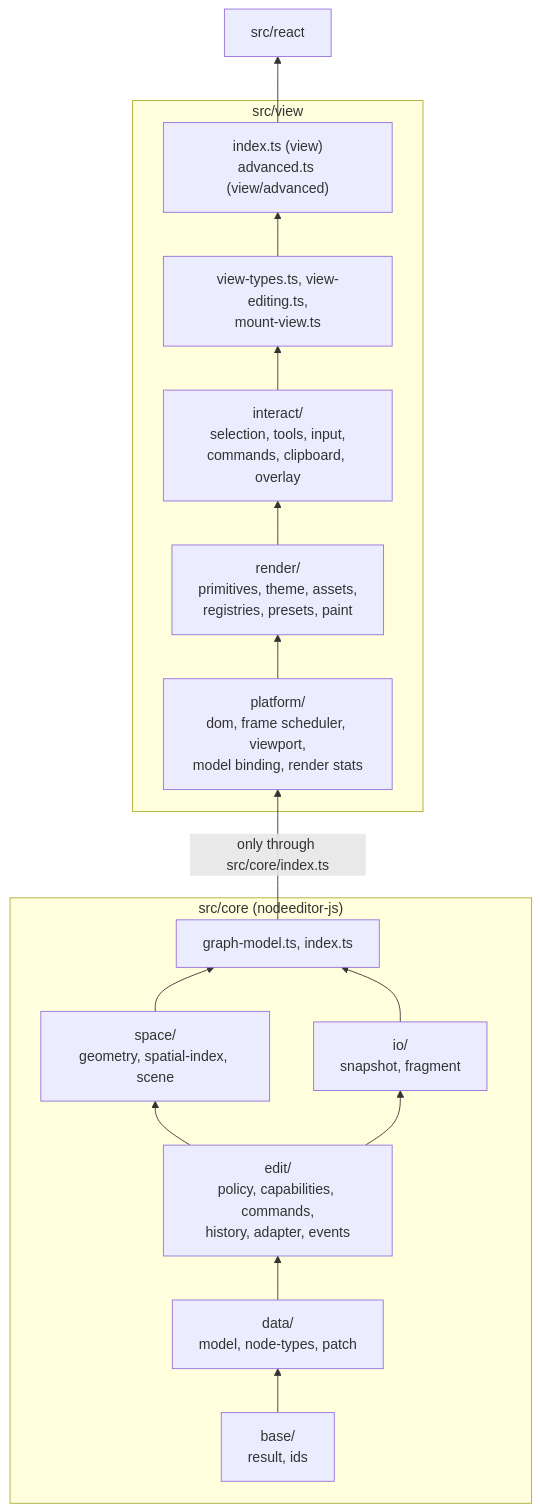
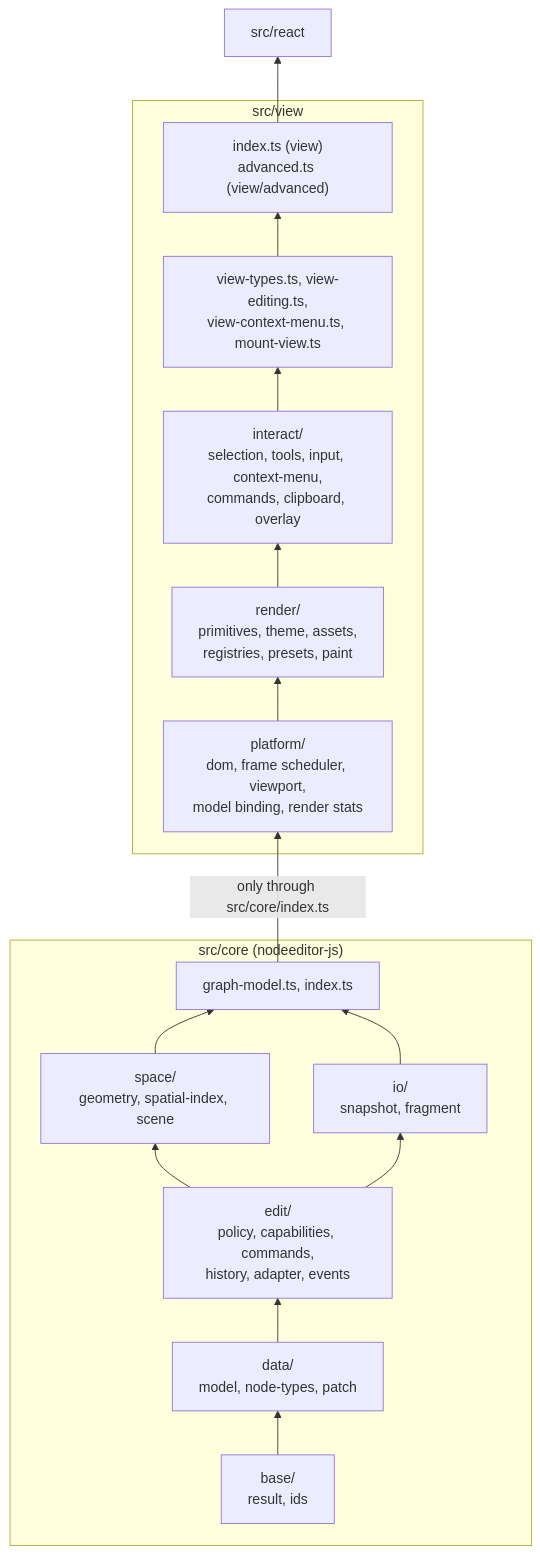
The eighth of 9 diagrams in docs/architecture.md (paceholder/nodeeditor-js), drawn with Mermaid before and after one commit. The commit also changed other lines of this file and 4 other files, not shown here.

First line of the commit message:
Document the context-menu hook

````diff
--- a/docs/architecture.md
+++ b/docs/architecture.md
@@ -402,18 +432,18 @@
 ```mermaid
 flowchart BT
   subgraph core["src/core (nodeeditor-js)"]
     base["base/<br/>result, ids"] --> data["data/<br/>model, node-types, patch"]
     data --> edit["edit/<br/>policy, capabilities, commands,<br/>history, adapter, events"]
     edit --> space["space/<br/>geometry, spatial-index, scene"]
     edit --> io["io/<br/>snapshot, fragment"]
     space & io --> facade["graph-model.ts, index.ts"]
   end
   subgraph view["src/view"]
     platform["platform/<br/>dom, frame scheduler, viewport,<br/>model binding, render stats"] --> render["render/<br/>primitives, theme, assets,<br/>registries, presets, paint"]
-    render --> interact["interact/<br/>selection, tools, input,<br/>commands, clipboard, overlay"]
-    interact --> mount["view-types.ts, view-editing.ts,<br/>mount-view.ts"]
+    render --> interact["interact/<br/>selection, tools, input, context-menu,<br/>commands, clipboard, overlay"]
+    interact --> mount["view-types.ts, view-editing.ts,<br/>view-context-menu.ts, mount-view.ts"]
     mount --> entries["index.ts (view)<br/>advanced.ts (view/advanced)"]
   end
   facade -- "only through src/core/index.ts" --> platform
   entries --> react["src/react"]
 ```
````
